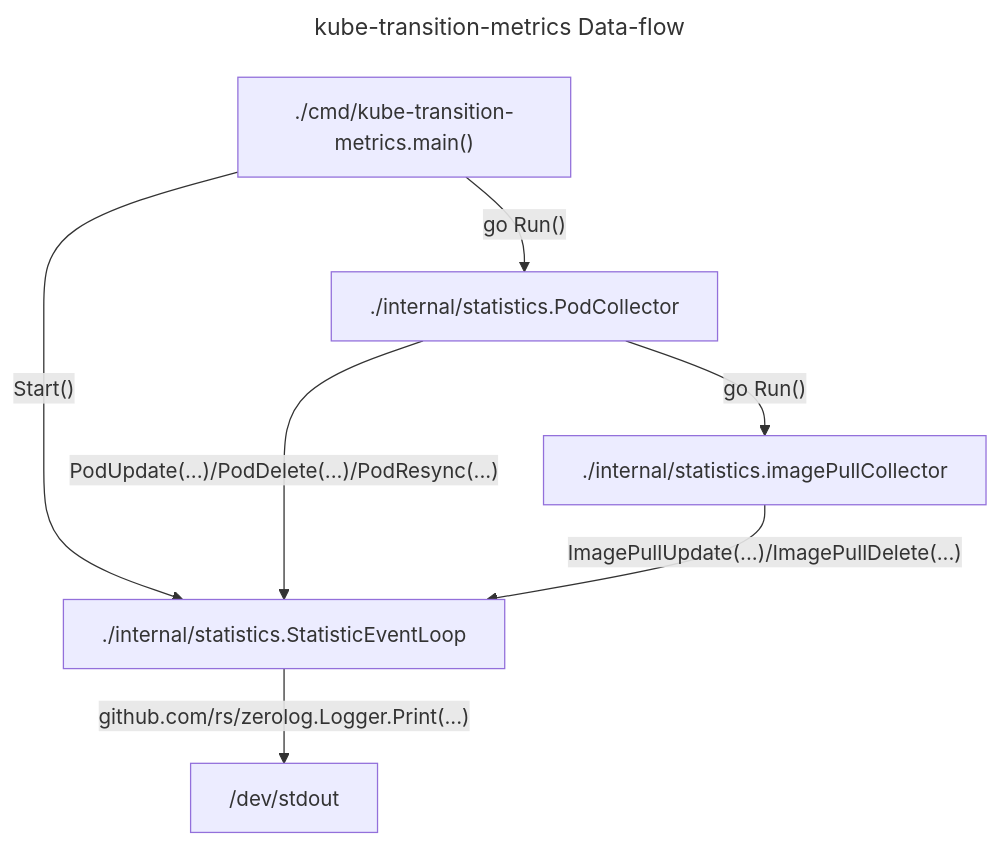
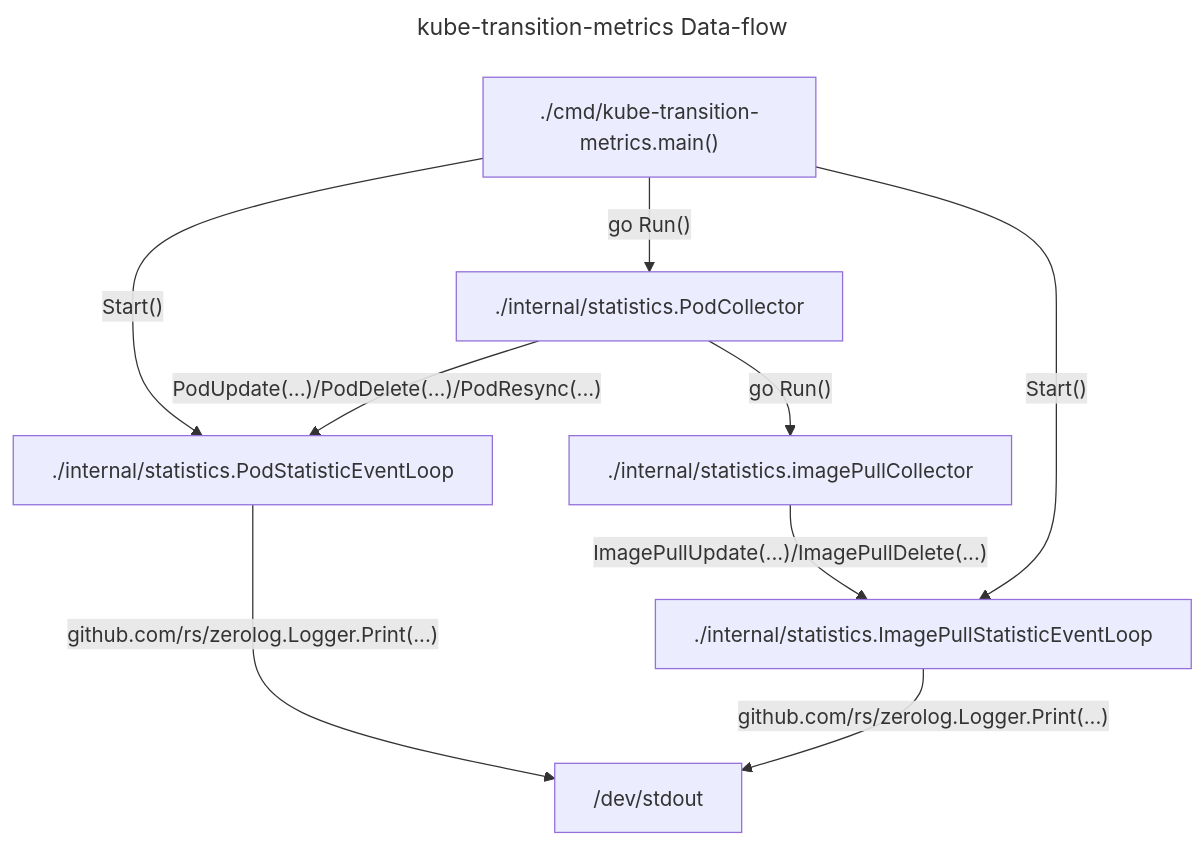
Before and after one commit to backmarket-oss/kube-transition-metrics: the first of 6 diagrams in doc/ARCHITECTURE.md, drawn with Mermaid. The commit also changed other lines of this file, not shown here.

````diff
--- a/doc/ARCHITECTURE.md
+++ b/doc/ARCHITECTURE.md
@@ -37,21 +38,25 @@
 ```mermaid
 ---
 title: "kube-transition-metrics Data-flow"
 ---
 flowchart TD
     main["./cmd/kube-transition-metrics.main()"]
     PodCollector["./internal/statistics.PodCollector"]
-    StatisticEventLoop["./internal/statistics.StatisticEventLoop"]
+    PodStatisticEventLoop["./internal/statistics.PodStatisticEventLoop"]
+    ImagePullStatisticEventLoop["./internal/statistics.ImagePullStatisticEventLoop"]
     imagePullCollector["./internal/statistics.imagePullCollector"]
     Stdout["/dev/stdout"]
 
     main
-        -->|"Start()"| StatisticEventLoop
+        -->|"Start()"| PodStatisticEventLoop
         -->|"github.com/rs/zerolog.Logger.Print(...)"| Stdout
     main
         -->|"go Run()"| PodCollector
-        -->|"PodUpdate(...)/PodDelete(...)/PodResync(...)"| StatisticEventLoop
+        -->|"PodUpdate(...)/PodDelete(...)/PodResync(...)"| PodStatisticEventLoop
     PodCollector
         -->|"go Run()"| imagePullCollector
-        -->|"ImagePullUpdate(...)/ImagePullDelete(...)"| StatisticEventLoop
+        -->|"ImagePullUpdate(...)/ImagePullDelete(...)"| ImagePullStatisticEventLoop
+    main
+        -->|"Start()"| ImagePullStatisticEventLoop
+        -->|"github.com/rs/zerolog.Logger.Print(...)"| Stdout
 ```
````
